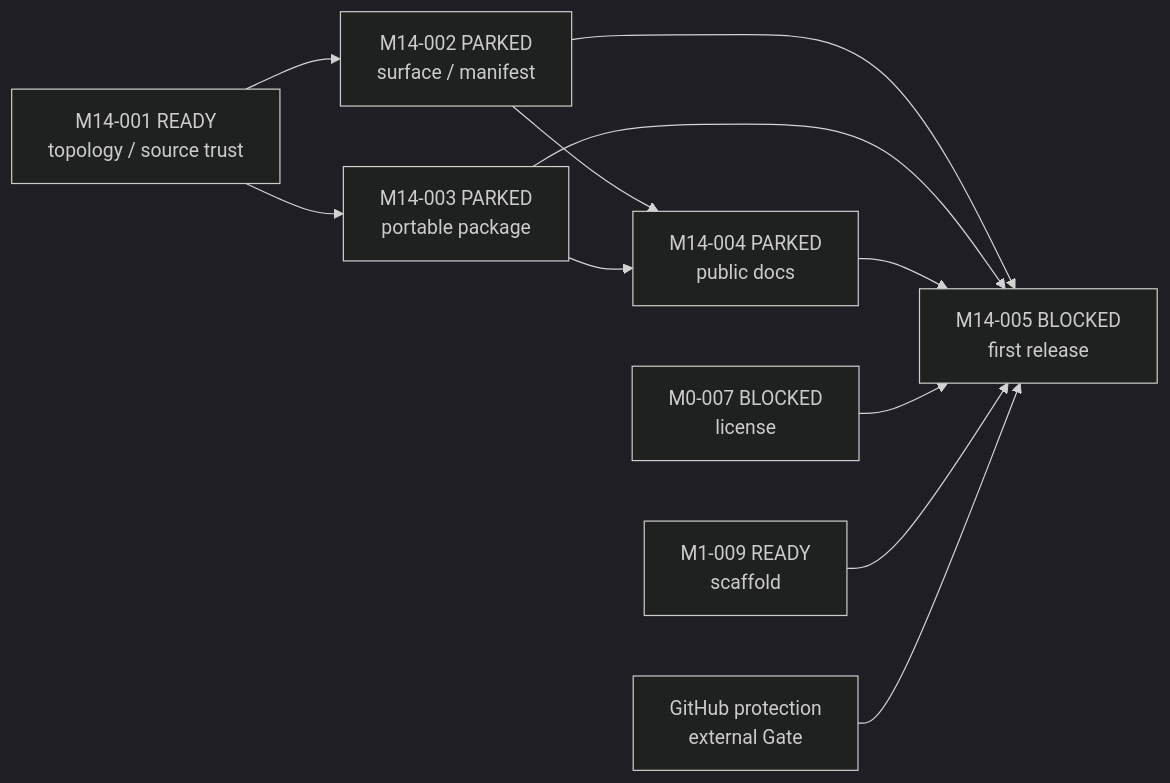
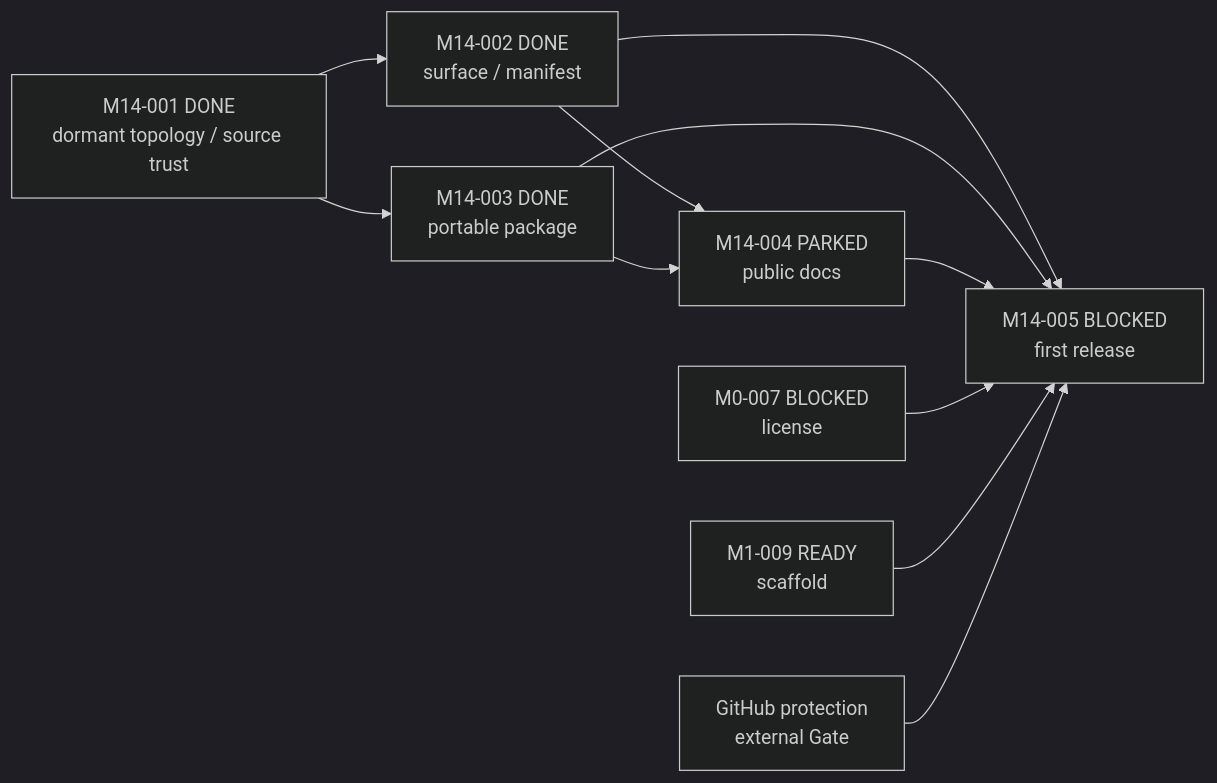
One commit to Chengyue-Lu/research-agent-workbench changed the fifth of 5 diagrams in docs/M_SERIES_IMPLEMENTATION_MAP.md. Above: the diagram before and after it, drawn with Mermaid (dark theme). The commit also changed other lines of this file and 183 other files, not shown here.

First line of the commit message:
M14-001/002/003: add dormant release trust, projection and portable Runtime resources (#60)

````diff
--- a/docs/M_SERIES_IMPLEMENTATION_MAP.md
+++ b/docs/M_SERIES_IMPLEMENTATION_MAP.md
@@ -173,13 +174,13 @@
 ```mermaid
 flowchart LR
-    M14001["M14-001 READY<br/>topology / source trust"] --> M14002["M14-002 PARKED<br/>surface / manifest"]
-    M14001 --> M14003["M14-003 PARKED<br/>portable package"]
+    M14001["M14-001 DONE<br/>dormant topology / source trust"] --> M14002["M14-002 DONE<br/>surface / manifest"]
+    M14001 --> M14003["M14-003 DONE<br/>portable package"]
     M14002 --> M14004["M14-004 PARKED<br/>public docs"]
     M14003 --> M14004
     M14002 --> M14005["M14-005 BLOCKED<br/>first release"]
     M14003 --> M14005
     M14004 --> M14005
     M0007["M0-007 BLOCKED<br/>license"] --> M14005
     M1009["M1-009 READY<br/>scaffold"] --> M14005
     Remote["GitHub protection<br/>external Gate"] --> M14005
 ```
````
